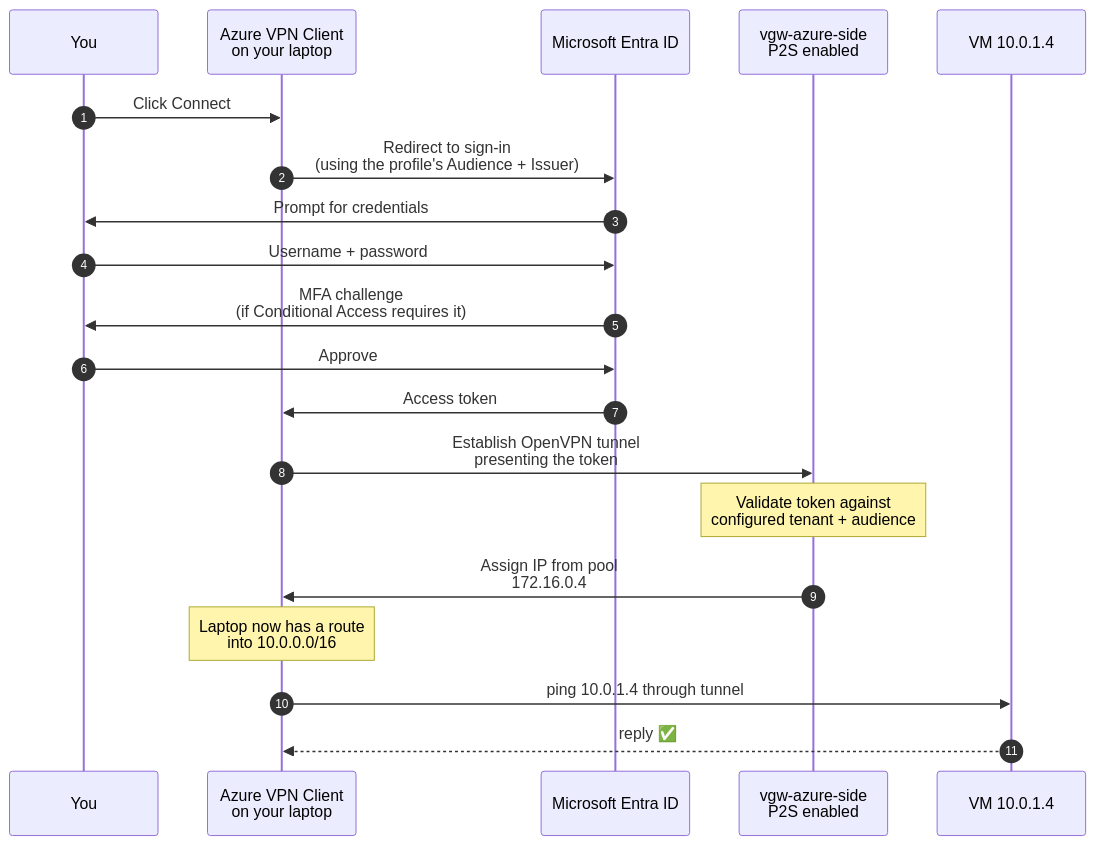
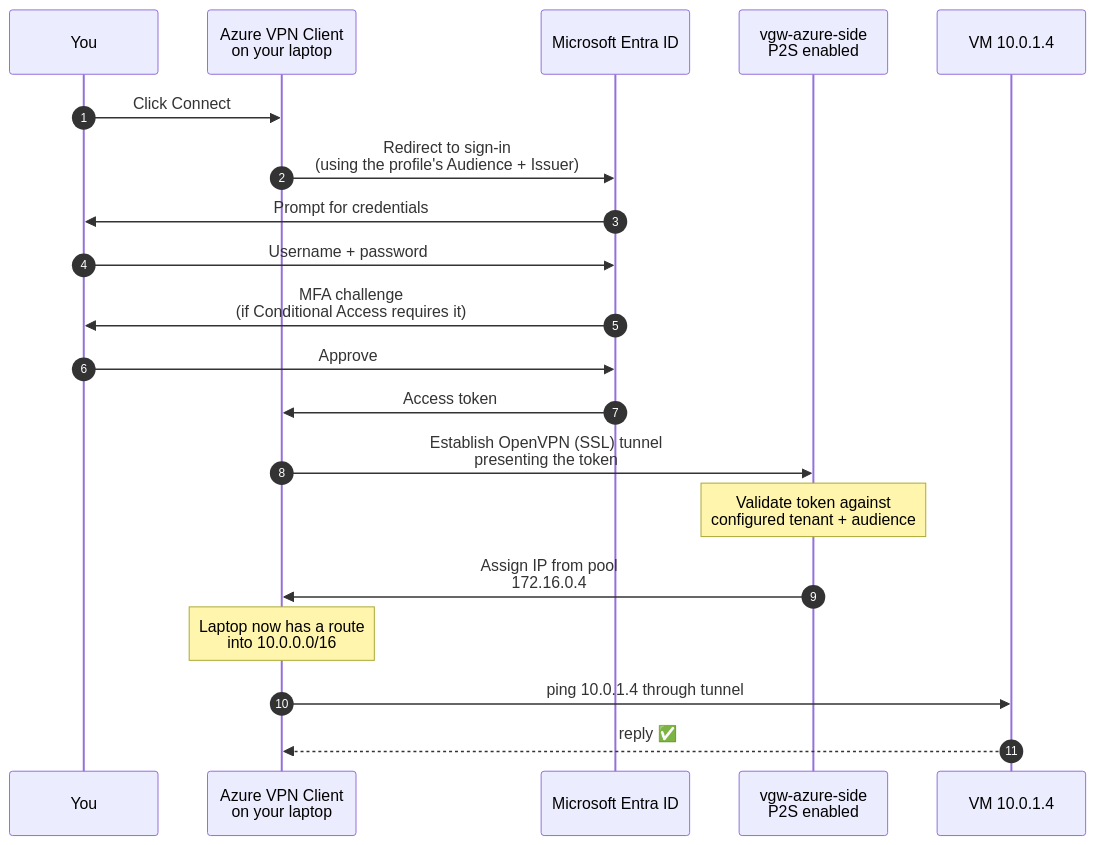
One commit to Iam-mithran/LWM-Azure changed the sixth of 7 diagrams in docs/day15_vpn_expressroute.md. Above: the diagram before and after it, drawn with Mermaid. The commit also changed other lines of this file, not shown here.

First line of the commit message:
Update Day 15 VPN lab to match current Azure portal and docs

````diff
--- a/docs/day15_vpn_expressroute.md
+++ b/docs/day15_vpn_expressroute.md
@@ -377,23 +446,23 @@
 ```mermaid
 sequenceDiagram
     autonumber
     participant U as You
     participant C as Azure VPN Client<br/>on your laptop
     participant E as Microsoft Entra ID
     participant G as vgw-azure-side<br/>P2S enabled
     participant V as VM 10.0.1.4
 
     U->>C: Click Connect
     C->>E: Redirect to sign-in<br/>(using the profile's Audience + Issuer)
     E->>U: Prompt for credentials
     U->>E: Username + password
     E->>U: MFA challenge<br/>(if Conditional Access requires it)
     U->>E: Approve
     E->>C: Access token
-    C->>G: Establish OpenVPN tunnel<br/>presenting the token
+    C->>G: Establish OpenVPN (SSL) tunnel<br/>presenting the token
     Note over G: Validate token against<br/>configured tenant + audience
     G->>C: Assign IP from pool<br/>172.16.0.4
     Note over C: Laptop now has a route<br/>into 10.0.0.0/16
     C->>V: ping 10.0.1.4 through tunnel
     V-->>C: reply ✅
 ```
````
